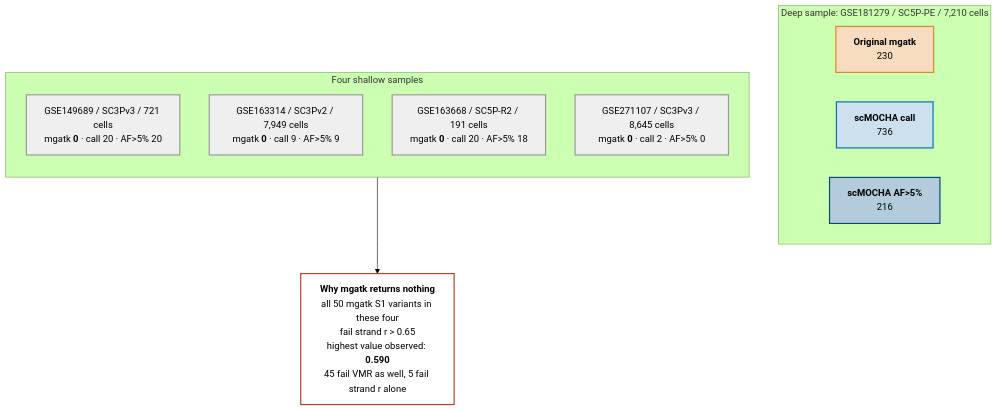
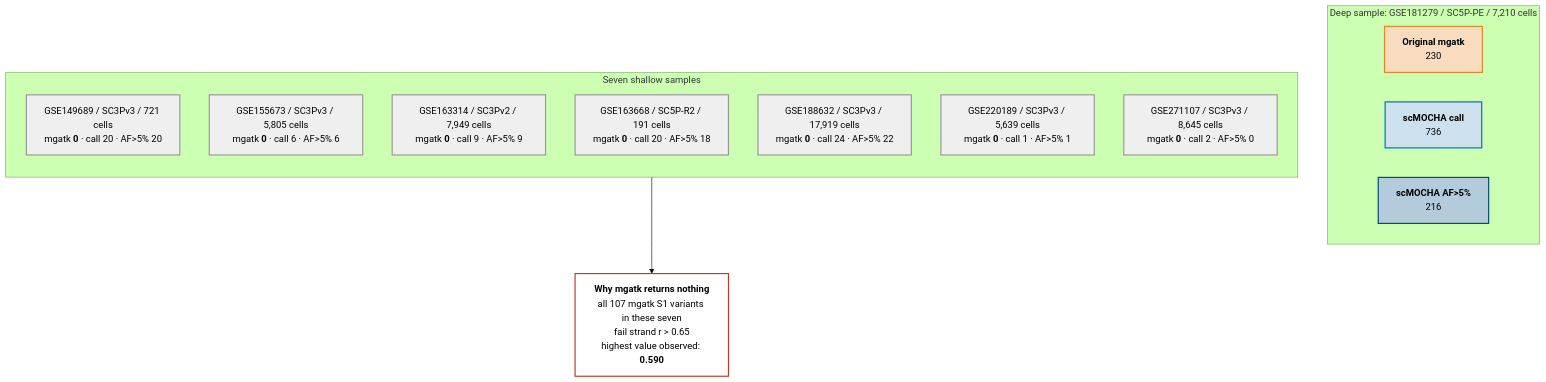
One commit to chunjie-sam-liu/scMOCHA-data changed the first of 4 diagrams in newplots/compare-with-mgatk/DIAGRAM.md. Above: the diagram before and after it, drawn with Mermaid (forest theme). The commit also changed other lines of this file and 22 other files, not shown here.

````diff
--- a/newplots/compare-with-mgatk/DIAGRAM.md
+++ b/newplots/compare-with-mgatk/DIAGRAM.md
@@ -15,33 +15,36 @@
 ```mermaid
 flowchart TB
     subgraph DEEP["Deep sample: GSE181279 / SC5P-PE / 7,210 cells"]
         direction LR
         D1["<b>Original mgatk</b><br/>230"]
         D2["<b>scMOCHA call</b><br/>736"]
         D3["<b>scMOCHA AF&gt;5%</b><br/>216"]
     end
 
-    subgraph SHALLOW["Four shallow samples"]
+    subgraph SHALLOW["Seven shallow samples"]
         direction TB
         S1["GSE149689 / SC3Pv3 / 721 cells<br/>mgatk <b>0</b> &middot; call 20 &middot; AF&gt;5% 20"]
-        S2["GSE163314 / SC3Pv2 / 7,949 cells<br/>mgatk <b>0</b> &middot; call 9 &middot; AF&gt;5% 9"]
-        S3["GSE163668 / SC5P-R2 / 191 cells<br/>mgatk <b>0</b> &middot; call 20 &middot; AF&gt;5% 18"]
-        S4["GSE271107 / SC3Pv3 / 8,645 cells<br/>mgatk <b>0</b> &middot; call 2 &middot; AF&gt;5% 0"]
+        S2["GSE155673 / SC3Pv3 / 5,805 cells<br/>mgatk <b>0</b> &middot; call 6 &middot; AF&gt;5% 6"]
+        S3["GSE163314 / SC3Pv2 / 7,949 cells<br/>mgatk <b>0</b> &middot; call 9 &middot; AF&gt;5% 9"]
+        S4["GSE163668 / SC5P-R2 / 191 cells<br/>mgatk <b>0</b> &middot; call 20 &middot; AF&gt;5% 18"]
+        S5["GSE188632 / SC3Pv3 / 17,919 cells<br/>mgatk <b>0</b> &middot; call 24 &middot; AF&gt;5% 22"]
+        S6["GSE220189 / SC3Pv3 / 5,639 cells<br/>mgatk <b>0</b> &middot; call 1 &middot; AF&gt;5% 1"]
+        S7["GSE271107 / SC3Pv3 / 8,645 cells<br/>mgatk <b>0</b> &middot; call 2 &middot; AF&gt;5% 0"]
     end
 
-    CAUSE["<b>Why mgatk returns nothing</b><br/>all 50 mgatk S1 variants in these four<br/>fail strand r &gt; 0.65<br/>highest value observed: <b>0.590</b><br/>45 fail VMR as well, 5 fail strand r alone"]
+    CAUSE["<b>Why mgatk returns nothing</b><br/>all 107 mgatk S1 variants in these seven<br/>fail strand r &gt; 0.65<br/>highest value observed: <b>0.590</b>"]
 
     SHALLOW --> CAUSE
 
     classDef mg fill:#F7DCC0,stroke:#E18727,stroke-width:2px
     classDef sc fill:#CCE0EE,stroke:#0072B5,stroke-width:2px
     classDef sc5 fill:#B3CBDB,stroke:#044A77,stroke-width:2px
     classDef zero fill:#EFEFEF,stroke:#999,stroke-width:2px
     classDef cause fill:#FFFFFF,stroke:#BC3C29,stroke-width:2px
 
     class D1 mg
     class D2 sc
     class D3 sc5
-    class S1,S2,S3,S4 zero
+    class S1,S2,S3,S4,S5,S6,S7 zero
     class CAUSE cause
 ```
````
